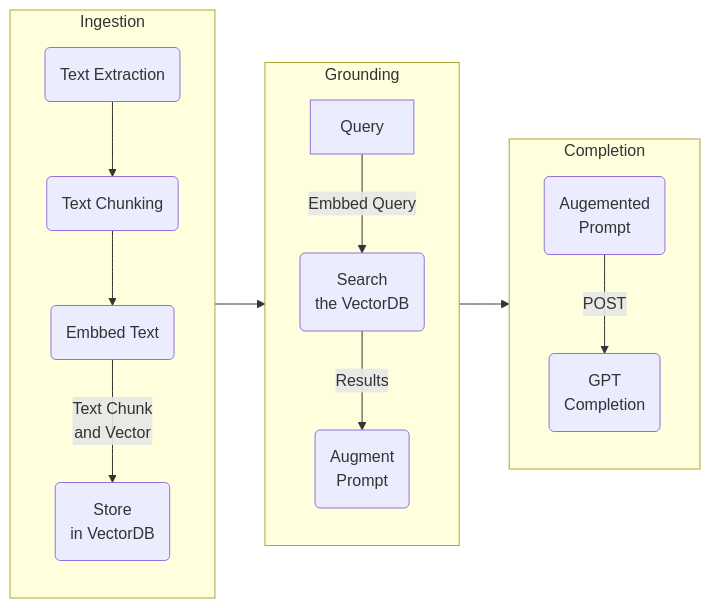
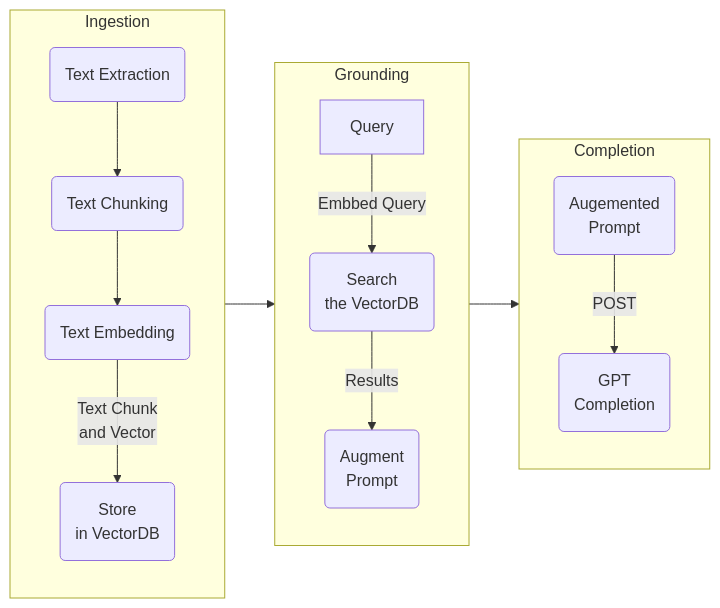
Before and after one commit to msalemor/sk-rag-pattern: the second of 2 diagrams in README.md, drawn with Mermaid.

````diff
--- a/README.md
+++ b/README.md
@@ -41,15 +41,15 @@
 ```mermaid
 graph LR;
   subgraph Ingestion
-    A(Text Extraction)-->B(Text Chunking)-->E(Embbed Text)--Text Chunk<br/>and Vector-->D(Store<br/>in VectorDB)
+    A(Text Extraction)-->B(Text Chunking)-->E(Text Embedding)--Text Chunk<br/>and Vector-->D(Store<br/>in VectorDB)
   end;
   subgraph Grounding
     Query--Embbed Query-->Search
     Search(Search<br/>the VectorDB)--Results-->Promt(Augment<br/>Prompt)
   end;
   Ingestion-->Grounding
   subgraph Completion
     AP(Augemented<br/>Prompt)--POST-->SCO(GPT<br/>Completion)
   end;
   Grounding-->Completion
 ```
````
